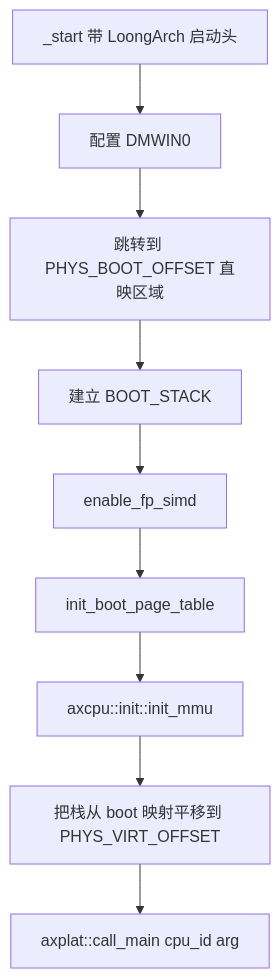
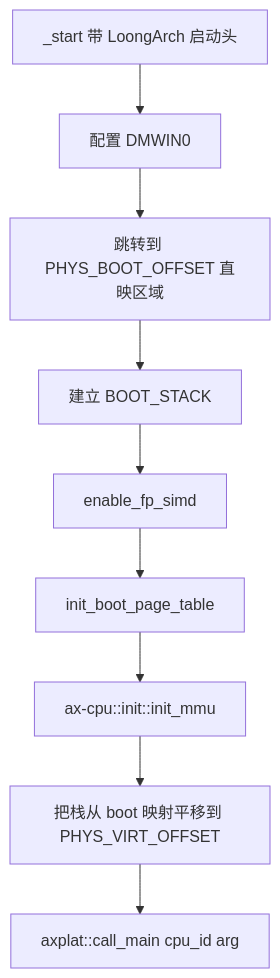
Before and after one commit to zKurisu/tgoskits: the first of 2 diagrams in docs/crates/ax-plat-loongarch64-qemu-virt.md, drawn with Mermaid. The commit also changed other lines of this file and 106 other files, not shown here.

Commit message:
rename axcpu to ax-cpu

````diff
--- a/docs/crates/ax-plat-loongarch64-qemu-virt.md
+++ b/docs/crates/ax-plat-loongarch64-qemu-virt.md
@@ -54,11 +54,11 @@
 ```mermaid
 flowchart TD
     A[_start 带 LoongArch 启动头] --> B[配置 DMWIN0]
     B --> C[跳转到 PHYS_BOOT_OFFSET 直映区域]
     C --> D[建立 BOOT_STACK]
     D --> E[enable_fp_simd]
     E --> F[init_boot_page_table]
-    F --> G[axcpu::init::init_mmu]
+    F --> G[ax-cpu::init::init_mmu]
     G --> H[把栈从 boot 映射平移到 PHYS_VIRT_OFFSET]
     H --> I[axplat::call_main cpu_id arg]
 ```
````
